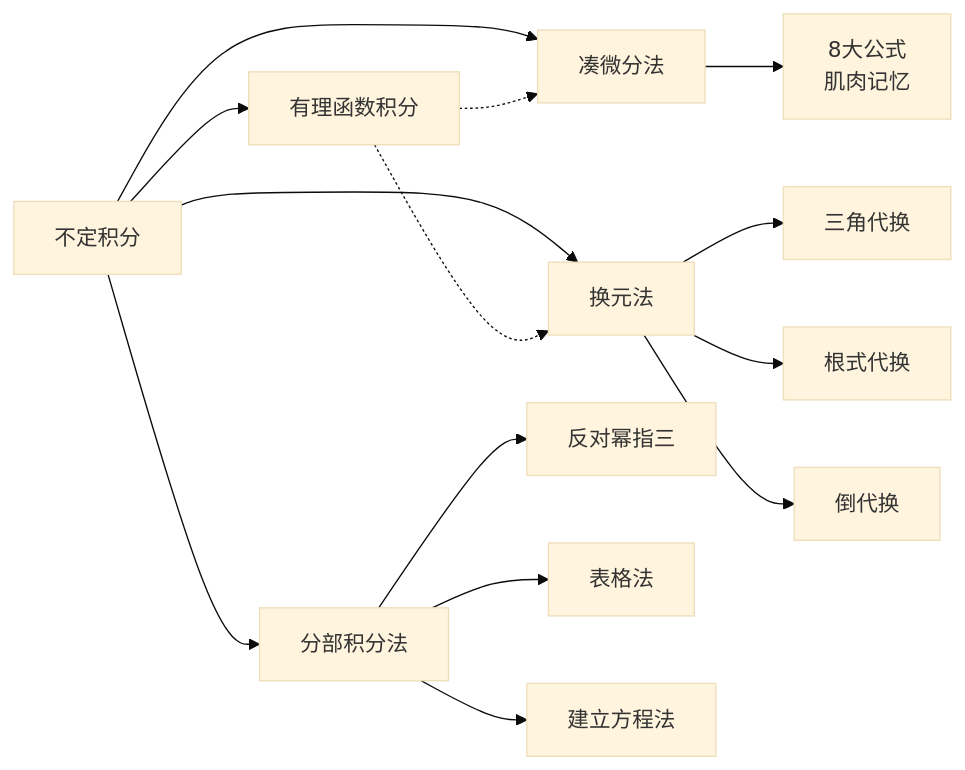
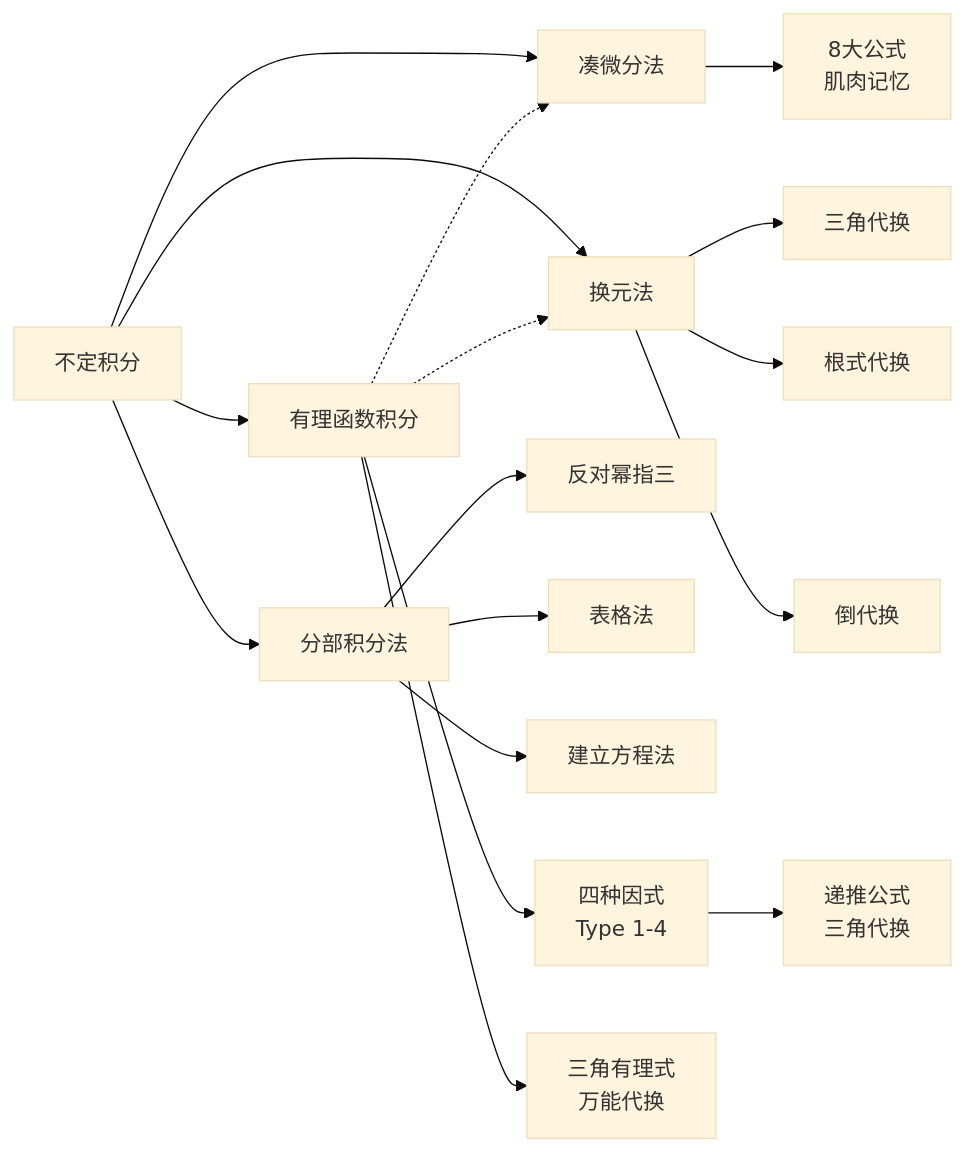
The second of 2 diagrams in 考研数学/高数-一元函数积分学/一元函数积分学的计算/2-不定积分的积分法/📝 章节总结.md (Treasoni/kaoyan), drawn with Mermaid (base theme) before and after one commit. The commit also changed other lines of this file, not shown here.

````diff
--- a/考研数学/高数-一元函数积分学/一元函数积分学的计算/2-不定积分的积分法/📝 章节总结.md
+++ b/考研数学/高数-一元函数积分学/一元函数积分学的计算/2-不定积分的积分法/📝 章节总结.md
@@ -174,18 +242,21 @@
 ```mermaid
 graph LR
     A[不定积分] --> B[凑微分法]
     A --> C[换元法]
     A --> D[分部积分法]
     A --> E[有理函数积分]
 
     B --> F[8大公式<br/>肌肉记忆]
     C --> G[三角代换]
     C --> H[根式代换]
     C --> I[倒代换]
     D --> J[反对幂指三]
     D --> K[表格法]
     D --> L[建立方程法]
+    E --> M[四种因式<br/>Type 1-4]
+    E --> N[三角有理式<br/>万能代换]
 
     E -.-> B
     E -.-> C
+    M --> O[递推公式<br/>三角代换]
 ```
````
